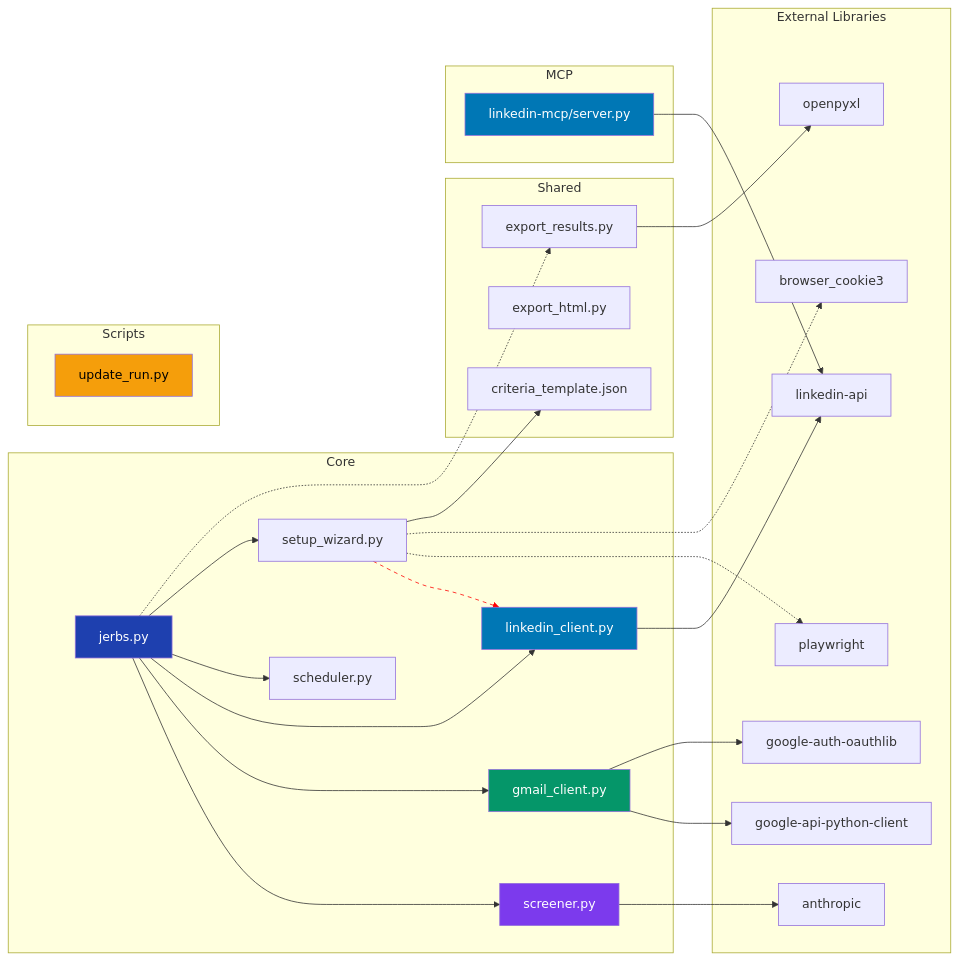
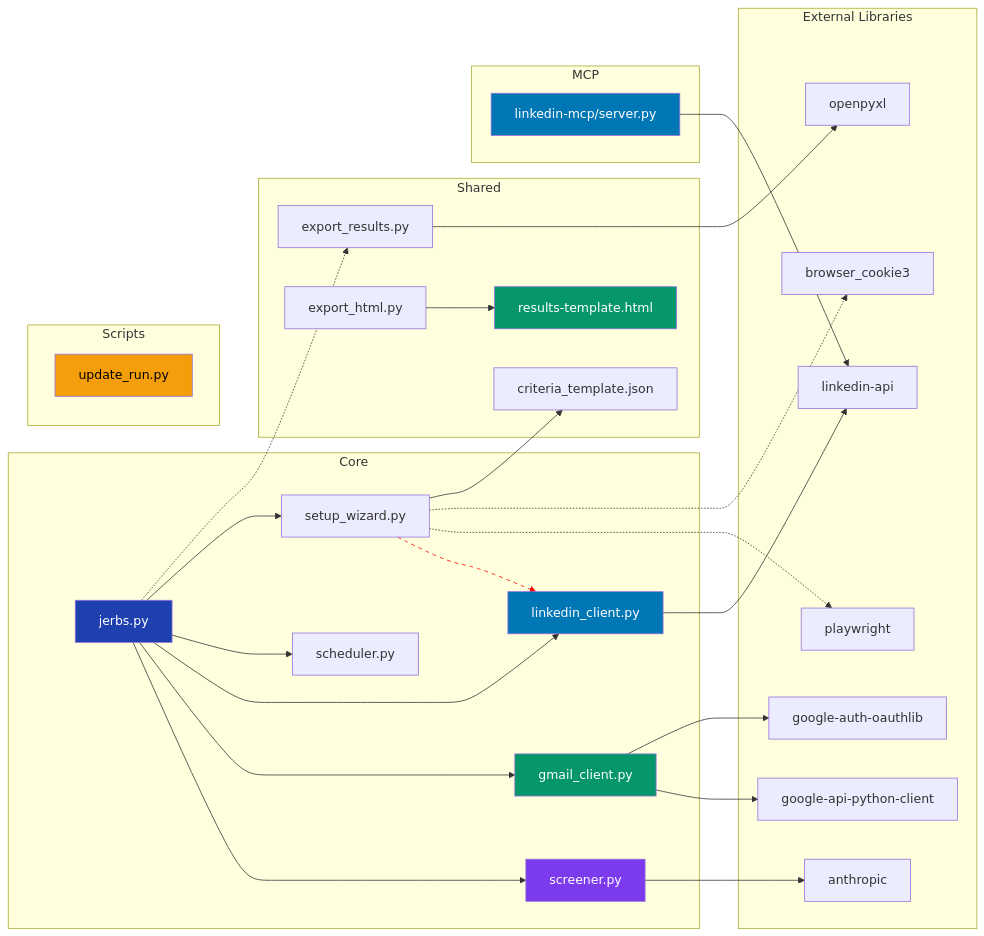
Before and after one commit to pjunod/jerbs: the eighth of 9 diagrams in docs/architecture/README.md, drawn with Mermaid. The commit also changed other lines of this file and 13 other files, not shown here.

````diff
--- a/docs/architecture/README.md
+++ b/docs/architecture/README.md
@@ -436,62 +440,65 @@
 ```mermaid
 graph LR
     subgraph "Core"
         J[jerbs.py]
         S[screener.py]
         G[gmail_client.py]
         L[linkedin_client.py]
         SC[scheduler.py]
         W[setup_wizard.py]
     end
 
     subgraph "Shared"
         ER[export_results.py]
         EH[export_html.py]
+        TPL[results-template.html]
         CT[criteria_template.json]
     end
 
     subgraph "Scripts"
         UR[update_run.py]
     end
 
     subgraph "MCP"
         LM[linkedin-mcp/server.py]
     end
 
     subgraph "External Libraries"
         AN[anthropic]
         GO[google-api-python-client]
         OA[google-auth-oauthlib]
         LI[linkedin-api]
         OP[openpyxl]
         PW[playwright]
         BC[browser_cookie3]
     end
 
     J --> S
     J --> G
     J --> L
     J --> SC
     J --> W
     J -.-> ER
 
     S --> AN
     G --> GO
     G --> OA
     L --> LI
     W --> L
     W -.-> PW
     W -.-> BC
     W --> CT
+    EH --> TPL
     ER --> OP
     LM --> LI
 
     style J fill:#1e40af,color:#fff
     style S fill:#7c3aed,color:#fff
     style G fill:#059669,color:#fff
     style L fill:#0077b5,color:#fff
     style UR fill:#f59e0b,color:#000
     style LM fill:#0077b5,color:#fff
+    style TPL fill:#059669,color:#fff
 
     linkStyle 10 stroke:#f00,stroke-dasharray:5
 ```
````
